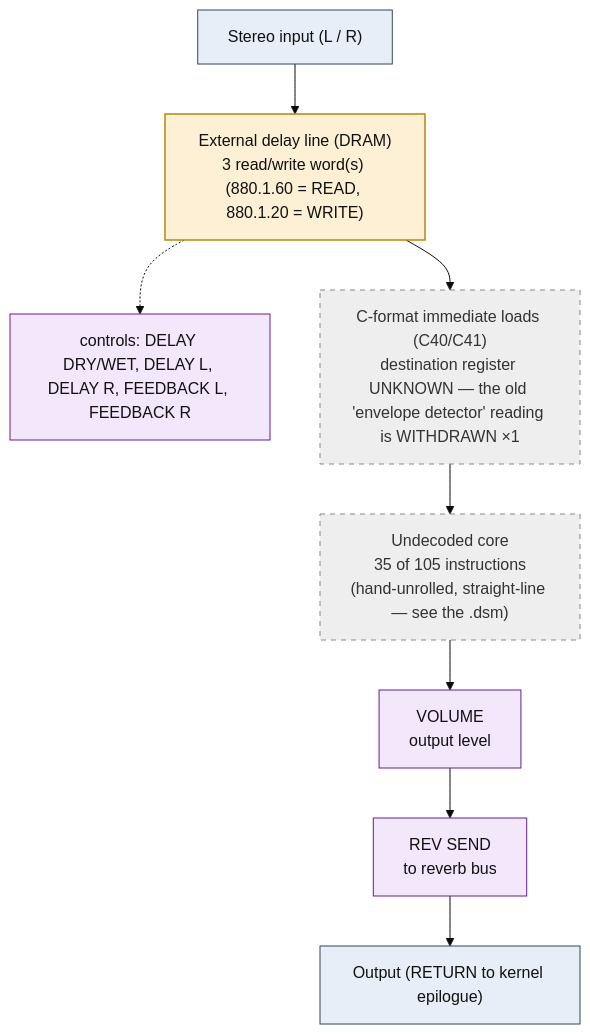
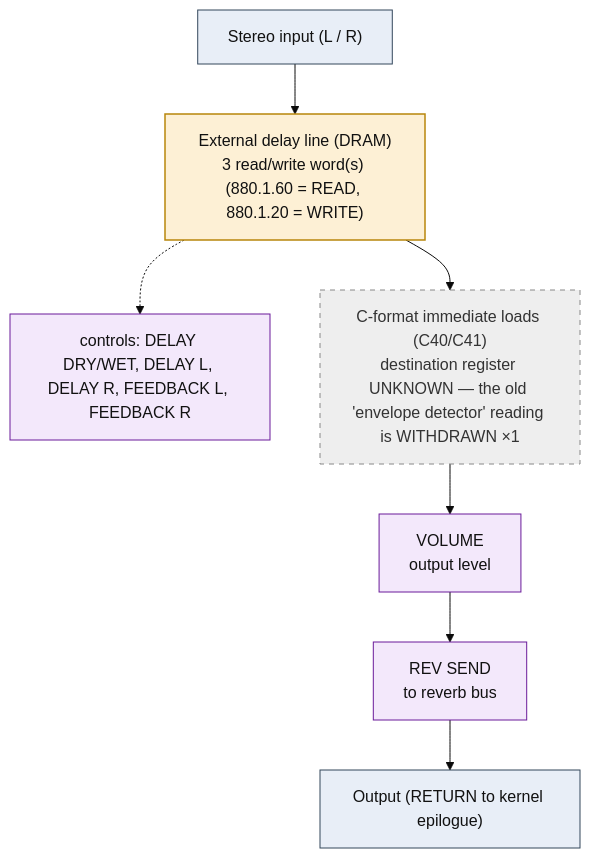
Before and after one commit to ArqueologiaDigital/kn5000-roms-disasm: the diagram in dsp/flowcharts/prog70_auto_wah_s_delay.md, drawn with Mermaid (base theme). The commit also changed other lines of this file and 39 other files, not shown here.

First line of the commit message:
dsp: annotate all flowcharts with the classic effect topology each shape matches

````diff
--- a/dsp/flowcharts/prog70_auto_wah_s_delay.md
+++ b/dsp/flowcharts/prog70_auto_wah_s_delay.md
@@ -12,29 +12,27 @@
 ```mermaid
 flowchart TD
     N0["Stereo input (L / R)"]
     N1["External delay line (DRAM)<br/>3 read/write word(s) (880.1.60 = READ, 880.1.20 = WRITE)"]
     N0 --> N1
     N2["controls: DELAY DRY/WET, DELAY L, DELAY R, FEEDBACK L, FEEDBACK R"]
     N1 -.-> N2
     N3["C-format immediate loads (C40/C41)<br/>destination register UNKNOWN &mdash; the old 'envelope detector' reading is WITHDRAWN &times;1"]
     N1 --> N3
-    N4["Undecoded core<br/>35 of 105 instructions<br/>(hand-unrolled, straight-line &mdash; see the .dsm)"]
+    N4["VOLUME<br/>output level"]
     N3 --> N4
-    N5["VOLUME<br/>output level"]
+    N5["REV SEND<br/>to reverb bus"]
     N4 --> N5
-    N6["REV SEND<br/>to reverb bus"]
+    N6["Output (RETURN to kernel epilogue)"]
     N5 --> N6
-    N7["Output (RETURN to kernel epilogue)"]
-    N6 --> N7
 
     classDef io fill:#e8eef7,stroke:#33475b,stroke-width:1px,color:#111;
     classDef proven fill:#d7f0d7,stroke:#2e7d32,stroke-width:2px,color:#111;
     classDef measured fill:#dbe9fb,stroke:#1565c0,stroke-width:1.5px,color:#111;
     classDef inferred fill:#fdf0d5,stroke:#b8860b,stroke-width:1.5px,color:#111;
     classDef open fill:#eeeeee,stroke:#888,stroke-width:1px,color:#333,stroke-dasharray:5 5;
     classDef ctrl fill:#f3e8fb,stroke:#6a1b9a,stroke-width:1px,color:#111;
-    class N0,N7 io;
+    class N0,N6 io;
     class N1 inferred;
-    class N2,N5,N6 ctrl;
-    class N3,N4 open;
+    class N2,N4,N5 ctrl;
+    class N3 open;
 ```
````
